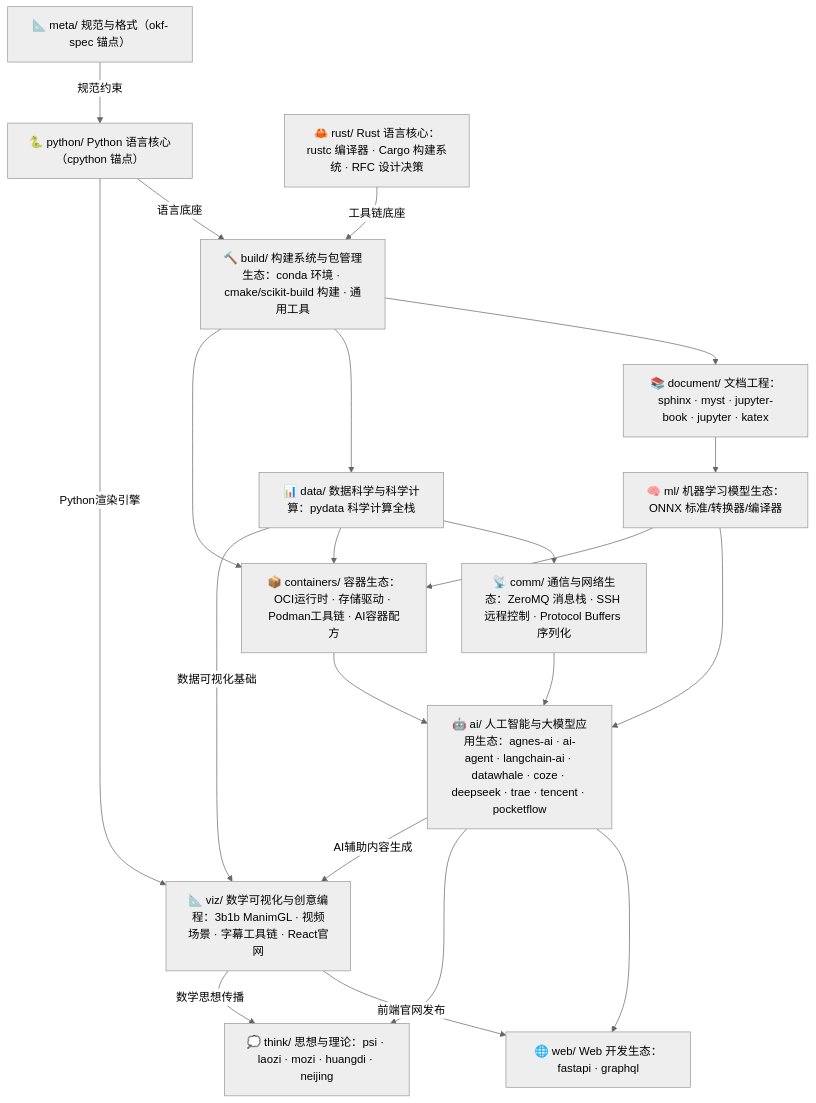
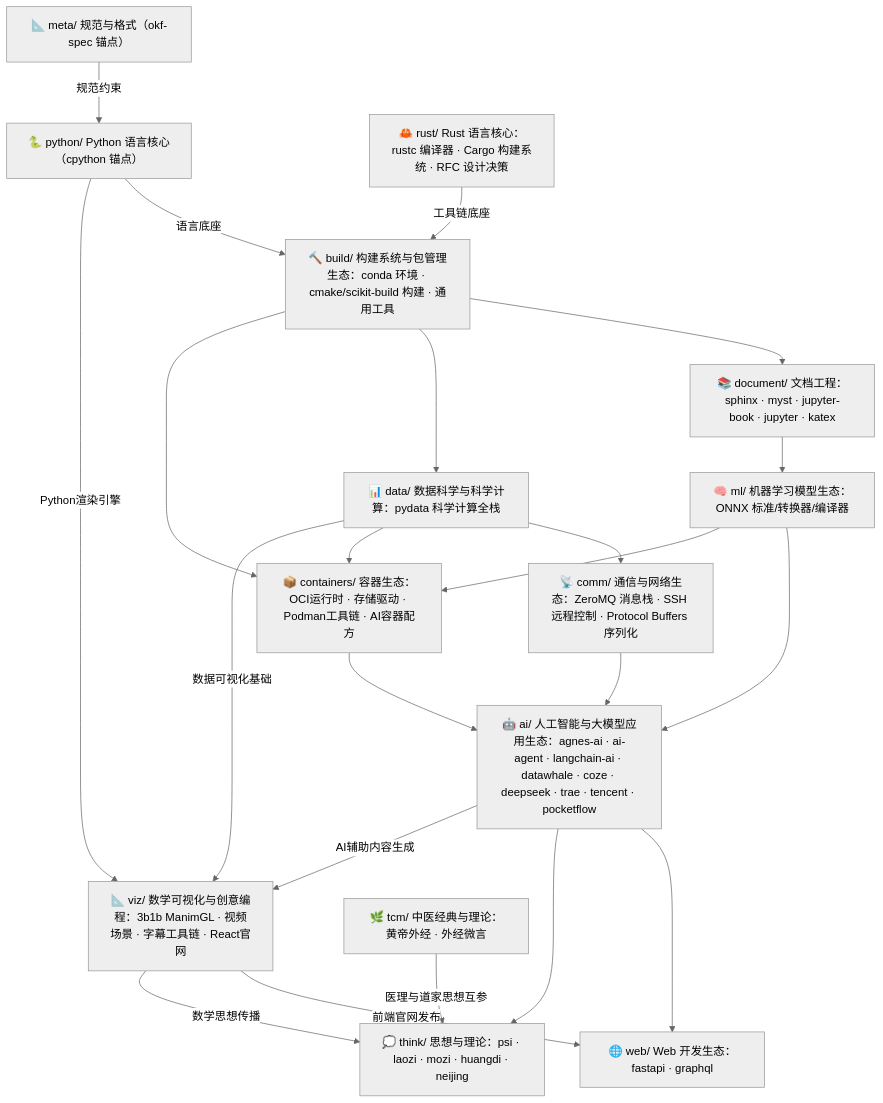
Before and after one commit to awesome-flexloop/awesome-okf: the first of 2 diagrams in doc/bundles/index.md, drawn with Mermaid (neutral theme). The commit also changed other lines of this file and 22 other files, not shown here.

````diff
--- a/doc/bundles/index.md
+++ b/doc/bundles/index.md
@@ -21,36 +21,38 @@
 ```mermaid
 flowchart TD
     meta["📐 meta/ 规范与格式（okf-spec 锚点）"]
     py["🐍 python/ Python 语言核心（cpython 锚点）"]
     rust["🦀 rust/ Rust 语言核心：rustc 编译器 · Cargo 构建系统 · RFC 设计决策"]
     build["🔨 build/ 构建系统与包管理生态：conda 环境 · cmake/scikit-build 构建 · 通用工具"]
     doc["📚 document/ 文档工程：sphinx · myst · jupyter-book · jupyter · katex"]
     data["📊 data/ 数据科学与科学计算：pydata 科学计算全栈"]
     ml["🧠 ml/ 机器学习模型生态：ONNX 标准/转换器/编译器"]
     comm["📡 comm/ 通信与网络生态：ZeroMQ 消息栈 · SSH 远程控制 · Protocol Buffers 序列化"]
     ai["🤖 ai/ 人工智能与大模型应用生态：agnes-ai · ai-agent · langchain-ai · datawhale · coze · deepseek · trae · tencent · pocketflow"]
     viz["📐 viz/ 数学可视化与创意编程：3b1b ManimGL · 视频场景 · 字幕工具链 · React官网"]
     web["🌐 web/ Web 开发生态：fastapi · graphql"]
     containers["📦 containers/ 容器生态：OCI运行时 · 存储驱动 · Podman工具链 · AI容器配方"]
     think["💭 think/ 思想与理论：psi · laozi · mozi · huangdi · neijing"]
+    tcm["🌿 tcm/ 中医经典与理论：黄帝外经 · 外经微言"]
     meta -->|"规范约束"| py
     py -->|"语言底座"| build
     rust -->|"工具链底座"| build
     build --> doc
     build --> data
     build --> containers
     doc --> ml
     data --> comm
     data --> containers
     data -->|"数据可视化基础"| viz
     py -->|"Python渲染引擎"| viz
     ml --> ai
     ml --> containers
     comm --> ai
     containers --> ai
     ai --> web
     ai --> think
     ai -->|"AI辅助内容生成"| viz
     viz -->|"前端官网发布"| web
     viz -->|"数学思想传播"| think
+    tcm -->|"医理与道家思想互参"| think
 ```
````
